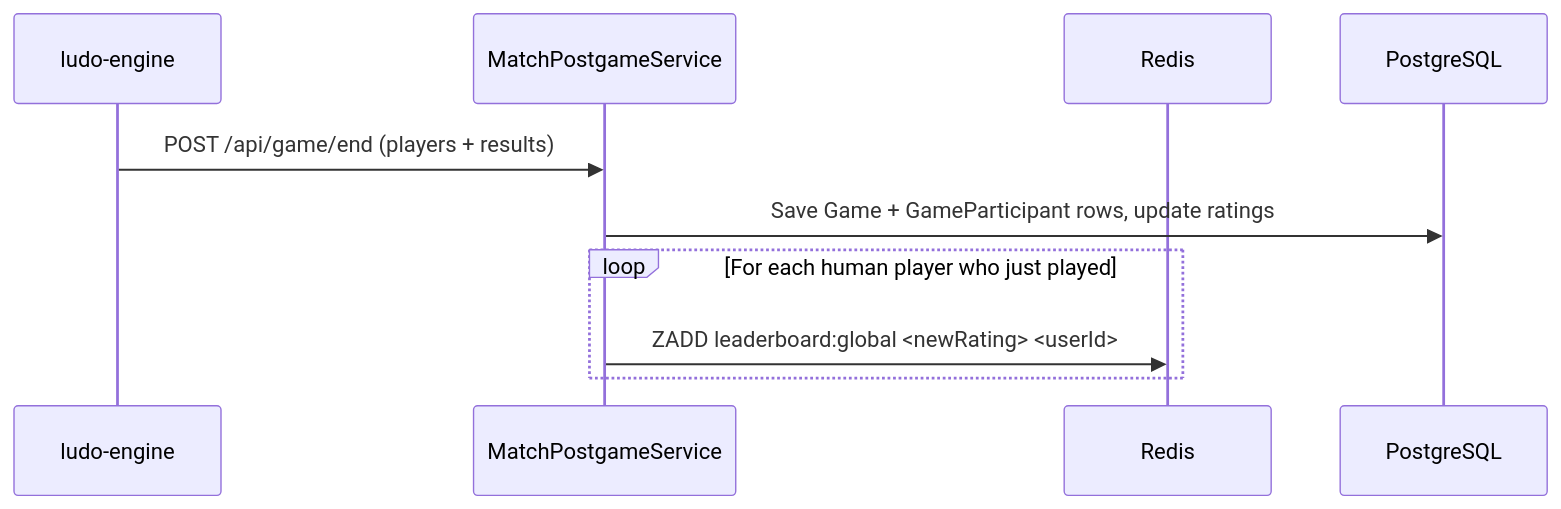
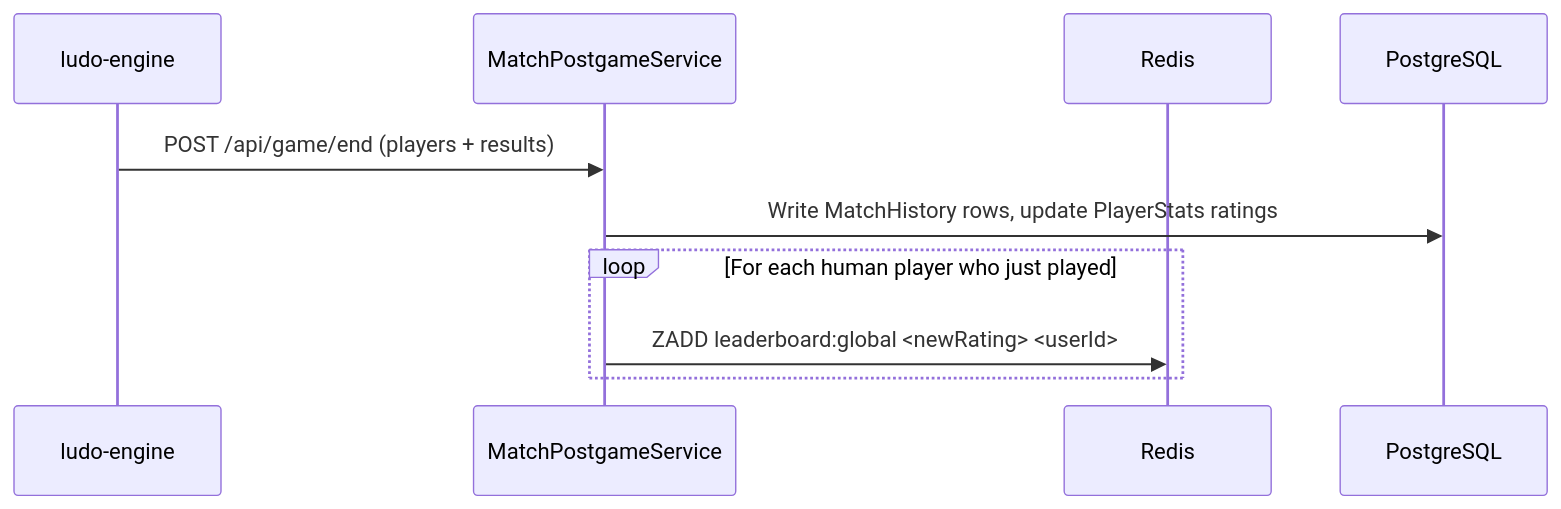
One commit to IrmaJoKerr/ft_transcendence-ludo changed the fifth of 6 diagrams in docs/backend/backend-leaderboard-module.md. Above: the diagram before and after it, drawn with Mermaid. The commit also changed other lines of this file and 37 other files, not shown here.

Commit message:
refactor(db): User is the account, PlayerStats the career, MatchHistory one row per seat. Docs: updated to match.

````diff
--- a/docs/backend/backend-leaderboard-module.md
+++ b/docs/backend/backend-leaderboard-module.md
@@ -228,13 +228,13 @@
 ```mermaid
 sequenceDiagram
     participant Engine as ludo-engine
     participant PostGame as MatchPostgameService
     participant R as Redis
     participant DB as PostgreSQL
 
     Engine->>PostGame: POST /api/game/end (players + results)
-    PostGame->>DB: Save Game + GameParticipant rows, update ratings
+    PostGame->>DB: Write MatchHistory rows, update PlayerStats ratings
     loop For each human player who just played
         PostGame->>R: ZADD leaderboard:global <newRating> <userId>
     end
 ```
````
